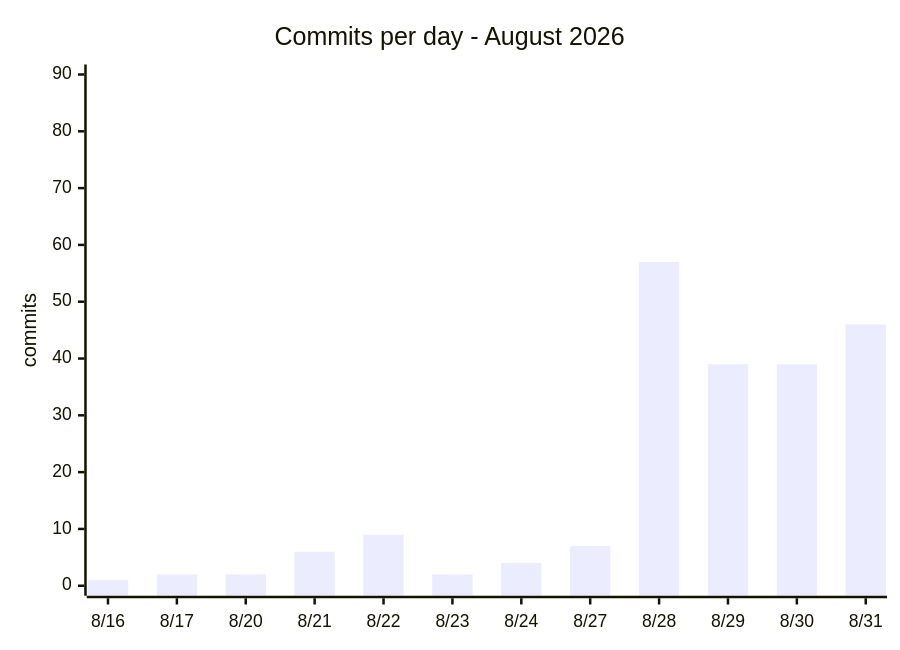
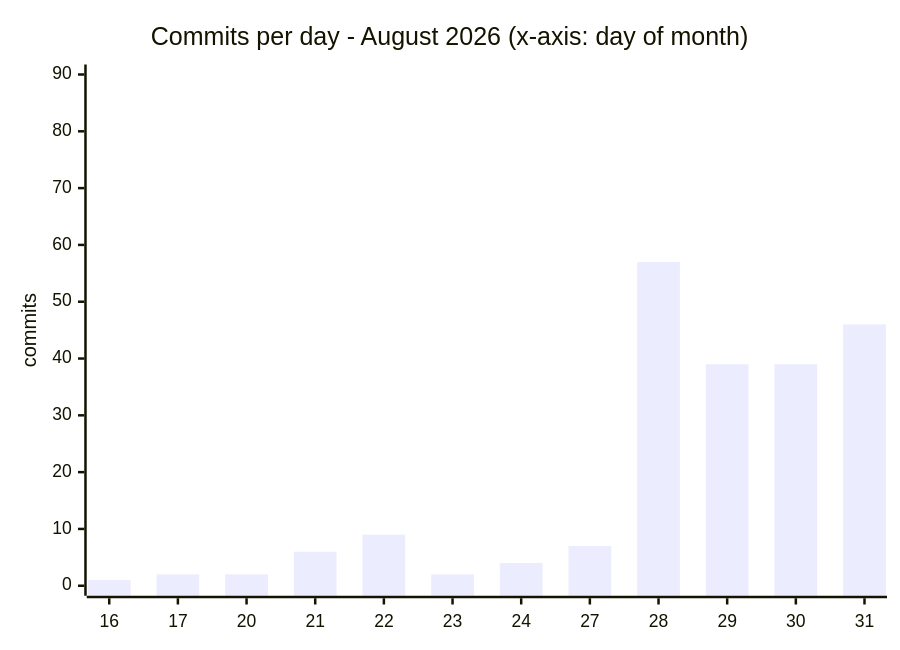
One commit to Sleepsong/goldeneye-pc-port changed the second of 6 diagrams in docs/dev/agentic-development.md. Above: the diagram before and after it, drawn with Mermaid. The commit also changed other lines of this file, not shown here.

Commit message:
docs(agentic-development): simplify commits-velocity chart to weekly totals (6 bars) - daily x-axis labels overlapped in narrow renderers

````diff
--- a/docs/dev/agentic-development.md
+++ b/docs/dev/agentic-development.md
@@ -133,7 +133,7 @@
 ```mermaid
 xychart-beta
-    title "Commits per day - August 2026"
-    x-axis ["8/16", "8/17", "8/20", "8/21", "8/22", "8/23", "8/24", "8/27", "8/28", "8/29", "8/30", "8/31"]
+    title "Commits per day - August 2026 (x-axis: day of month)"
+    x-axis ["16", "17", "20", "21", "22", "23", "24", "27", "28", "29", "30", "31"]
     y-axis "commits" 0 --> 90
     bar [1, 2, 2, 6, 9, 2, 4, 7, 57, 39, 39, 46]
 ```
````
